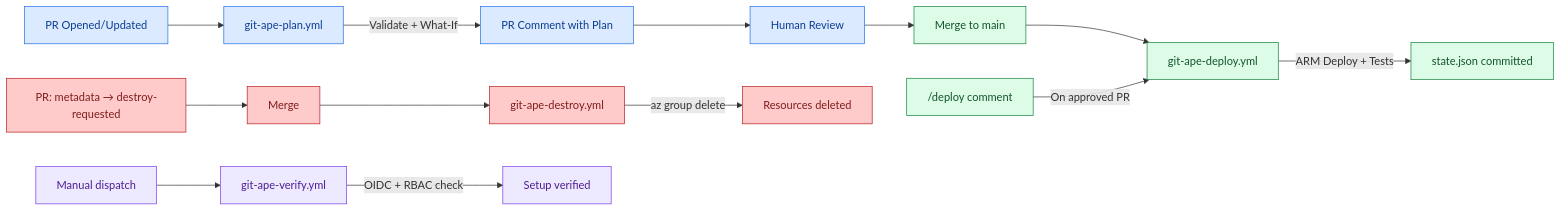
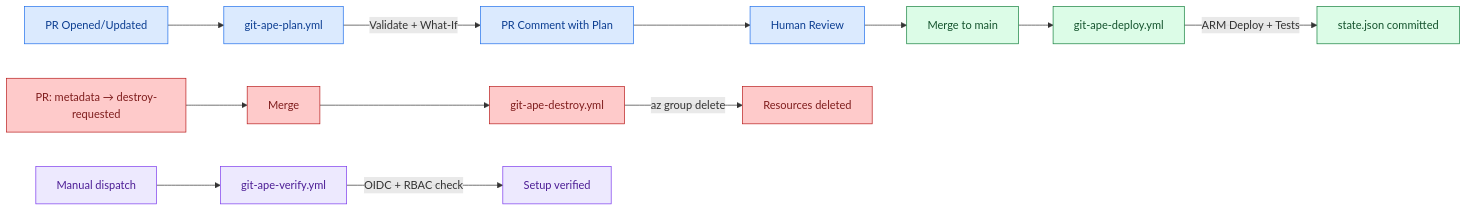
The first of 2 diagrams in website/docs/personas/for-devops.mdx (Spencerx/git-ape), drawn with Mermaid before and after one commit. The commit also changed other lines of this file and 16 other files, not shown here.

Commit message:
docs: drop /deploy comment trigger references

````diff
--- a/website/docs/personas/for-devops.mdx
+++ b/website/docs/personas/for-devops.mdx
@@ -28,27 +28,25 @@
 ```mermaid
 graph LR
     PR["PR Opened/Updated"] --> Plan["git-ape-plan.yml"]
     Plan --> |"Validate + What-If"| Comment["PR Comment with Plan"]
     Comment --> Review["Human Review"]
     Review --> Merge["Merge to main"]
     Merge --> Deploy["git-ape-deploy.yml"]
     Deploy --> |"ARM Deploy + Tests"| State["state.json committed"]
-
-    SlashDeploy["/deploy comment"] --> |"On approved PR"| Deploy
 
     DestroyPR["PR: metadata → destroy-requested"] --> DestroyMerge["Merge"]
     DestroyMerge --> Destroy["git-ape-destroy.yml"]
     Destroy --> |"az group delete"| Cleaned["Resources deleted"]
 
     Manual["Manual dispatch"] --> Verify["git-ape-verify.yml"]
     Verify --> |"OIDC + RBAC check"| VerifyResult["Setup verified"]
 
     classDef plan fill:#dbeafe,stroke:#1f6feb,stroke-width:1px,color:#0b3d91
     classDef deploy fill:#dcfce7,stroke:#15803d,stroke-width:1px,color:#14532d
     classDef destroy fill:#fecaca,stroke:#b91c1c,stroke-width:1px,color:#7f1d1d
     classDef verify fill:#ede9fe,stroke:#7c3aed,stroke-width:1px,color:#4c1d95
     class PR,Plan,Comment,Review plan
-    class Merge,Deploy,State,SlashDeploy deploy
+    class Merge,Deploy,State deploy
     class DestroyPR,DestroyMerge,Destroy,Cleaned destroy
     class Manual,Verify,VerifyResult verify
 ```
````
